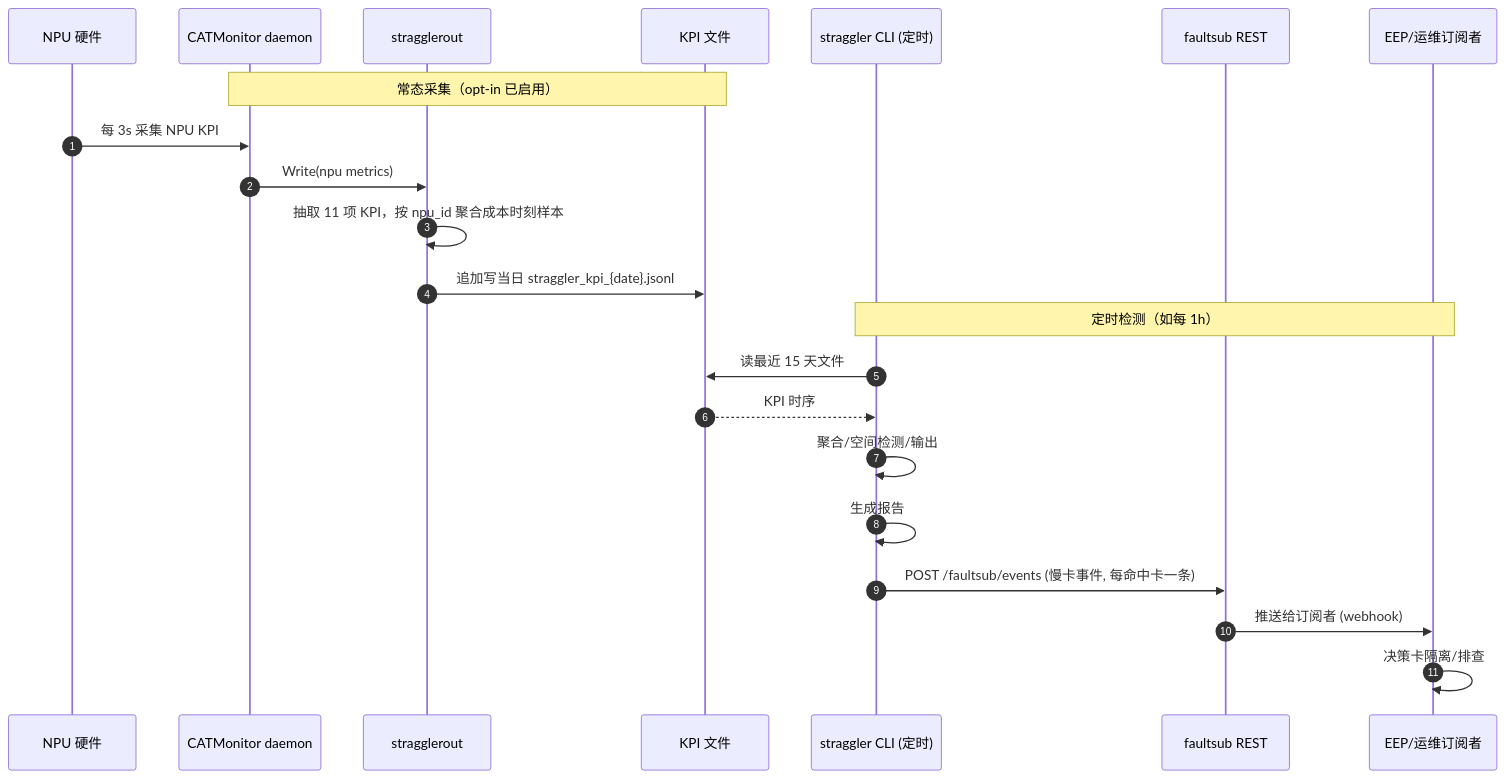
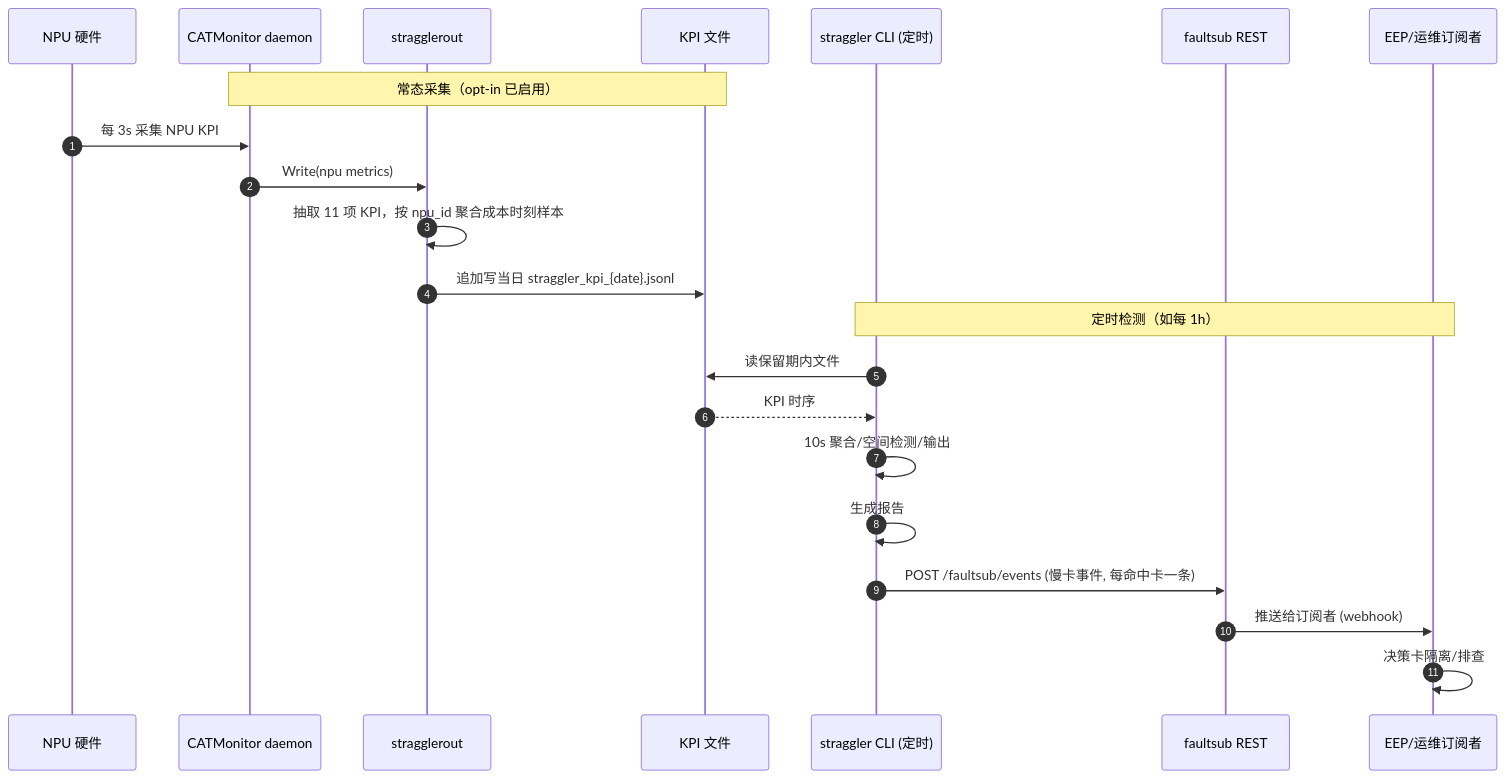
Before and after one commit to 1542305589/CATHelper: the second of 2 diagrams in feature/straggler/straggler_combination_DESIGN.md, drawn with Mermaid. The commit also changed other lines of this file and 4 other files, not shown here.

````diff
--- a/feature/straggler/straggler_combination_DESIGN.md
+++ b/feature/straggler/straggler_combination_DESIGN.md
@@ -153,26 +156,26 @@
 ```mermaid
 sequenceDiagram
     autonumber
     participant NPU as NPU 硬件
     participant CM as CATMonitor daemon
     participant SO as stragglerout
     participant KPI as KPI 文件
     participant ST as straggler CLI (定时)
     participant FS as faultsub REST
     participant EEP as EEP/运维订阅者
 
     Note over CM,KPI: 常态采集（opt-in 已启用）
     NPU->>CM: 每 3s 采集 NPU KPI
     CM->>SO: Write(npu metrics)
     SO->>SO: 抽取 11 项 KPI，按 npu_id 聚合成本时刻样本
     SO->>KPI: 追加写当日 straggler_kpi_{date}.jsonl
 
     Note over ST,EEP: 定时检测（如每 1h）
-    ST->>KPI: 读最近 15 天文件
+    ST->>KPI: 读保留期内文件
     KPI-->>ST: KPI 时序
-    ST->>ST: 聚合/空间检测/输出
+    ST->>ST: 10s 聚合/空间检测/输出
     ST->>ST: 生成报告
     ST->>FS: POST /faultsub/events (慢卡事件, 每命中卡一条)
     FS->>EEP: 推送给订阅者 (webhook)
     EEP->>EEP: 决策卡隔离/排查
 ```
````
